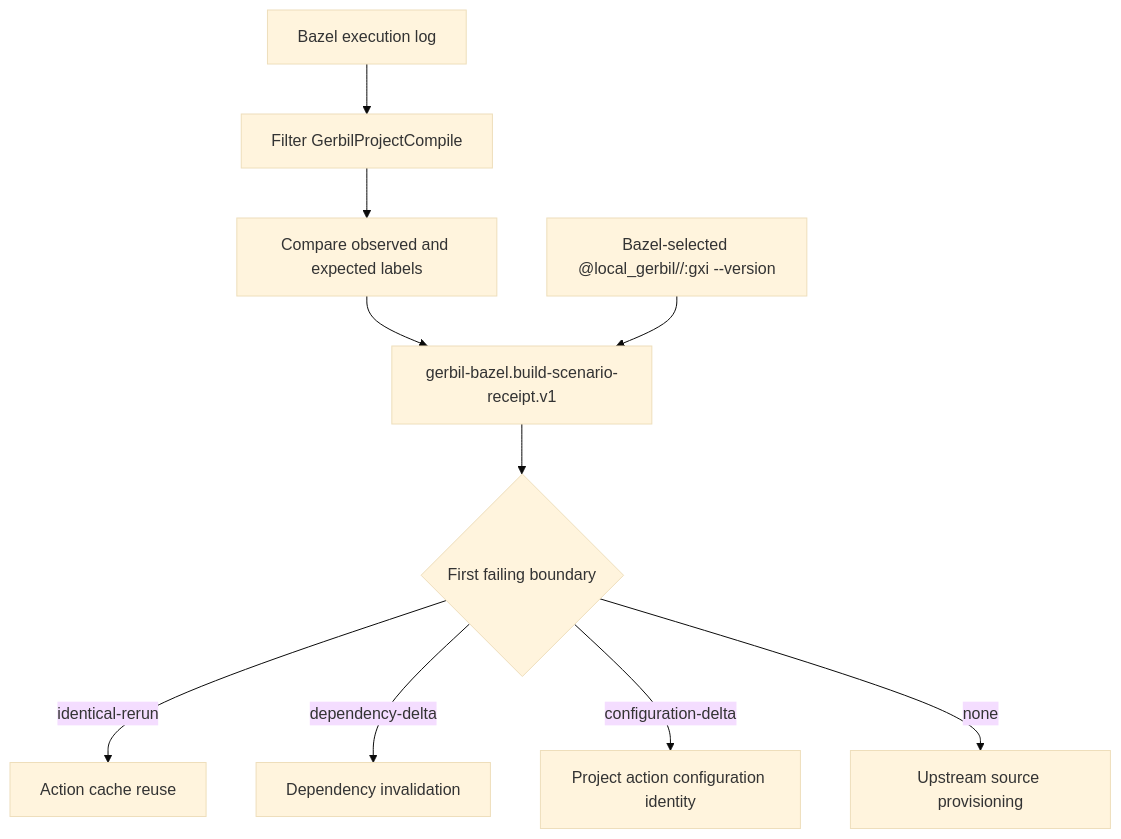
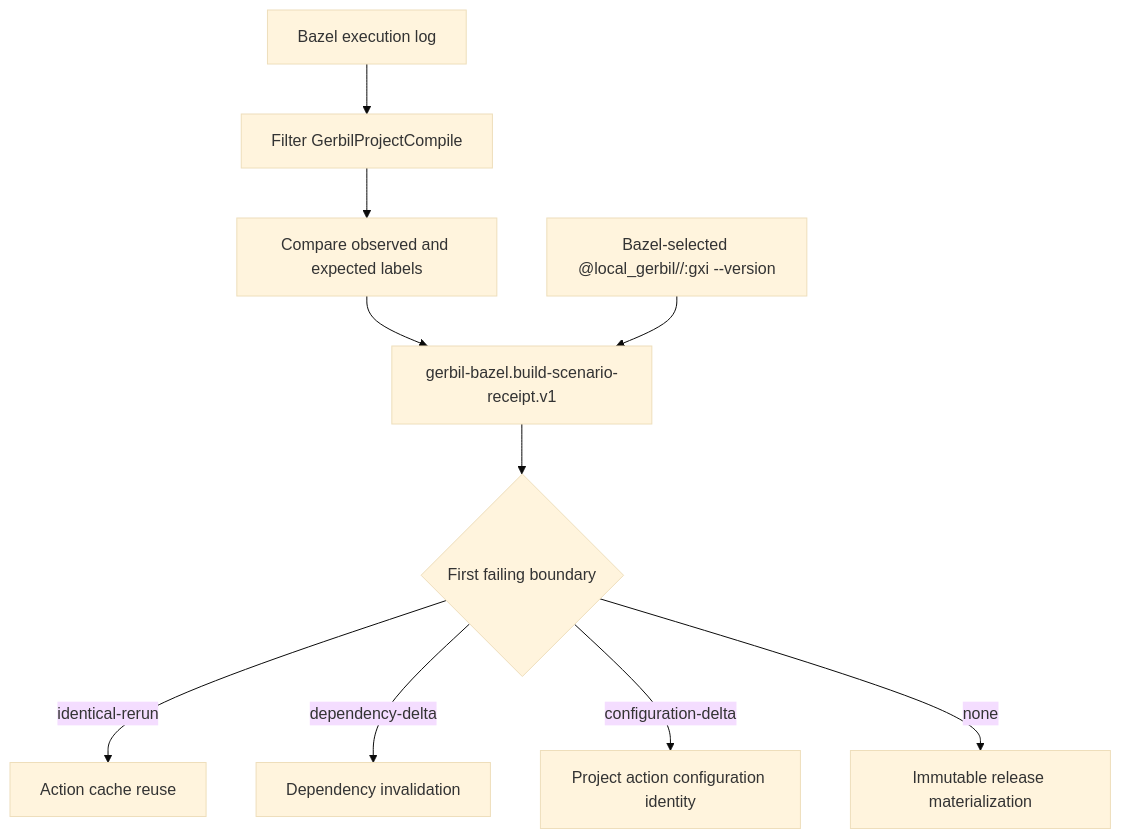
One commit to tao3k/gerbil-bazel changed the second of 2 diagrams in docs/rfc/0006-build-scenario-receipt-v1.org. Above: the diagram before and after it, drawn with Mermaid (base theme). The commit also changed other lines of this file and 49 other files, not shown here.

```diff
--- a/docs/rfc/0006-build-scenario-receipt-v1.org
+++ b/docs/rfc/0006-build-scenario-receipt-v1.org
@@ -76,12 +76,12 @@
 #+begin_src mermaid
 flowchart TD
   A["Bazel execution log"] --> B["Filter GerbilProjectCompile"]
   B --> C["Compare observed and expected labels"]
   C --> D["gerbil-bazel.build-scenario-receipt.v1"]
   V["Bazel-selected @local_gerbil//:gxi --version"] --> D
   D --> E{"First failing boundary"}
   E -->|"identical-rerun"| F["Action cache reuse"]
   E -->|"dependency-delta"| G["Dependency invalidation"]
   E -->|"configuration-delta"| H["Project action configuration identity"]
-  E -->|"none"| I["Upstream source provisioning"]
+  E -->|"none"| I["Immutable release materialization"]
 #+end_src
```
